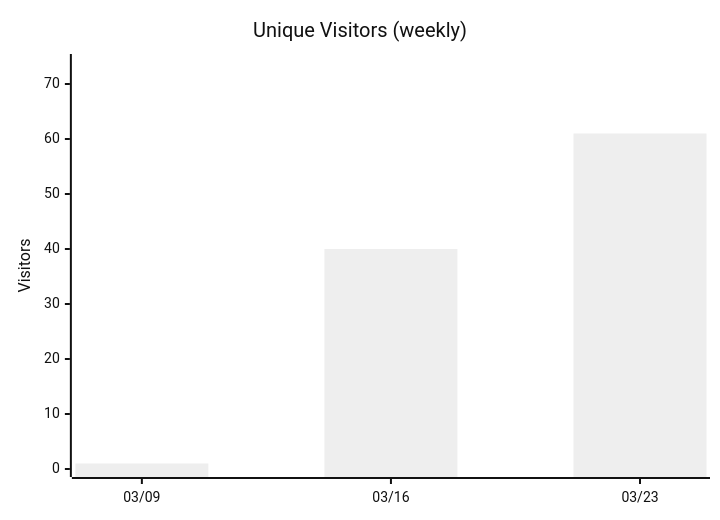
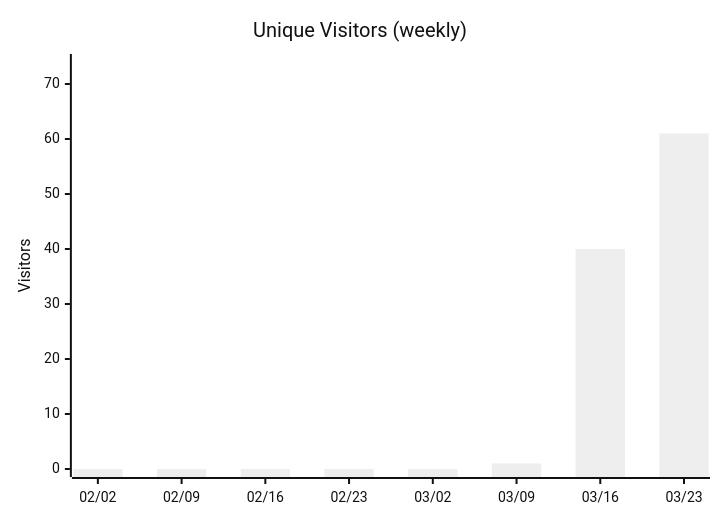
Diagram 13 of 14 in docs/metrics.md (nablarch/nabledge-dev), drawn with Mermaid (neutral theme) before and after one commit. The commit also changed other lines of this file, not shown here.

````diff
--- a/docs/metrics.md
+++ b/docs/metrics.md
@@ -161,7 +163,7 @@
 ```mermaid
 xychart-beta
   title "Unique Visitors (weekly)"
-  x-axis ["03/09", "03/16", "03/23"]
+  x-axis ["02/02", "02/09", "02/16", "02/23", "03/02", "03/09", "03/16", "03/23"]
   y-axis "Visitors" 0 --> 74
-  bar [1, 40, 61]
+  bar [0, 0, 0, 0, 0, 1, 40, 61]
 ```
````
